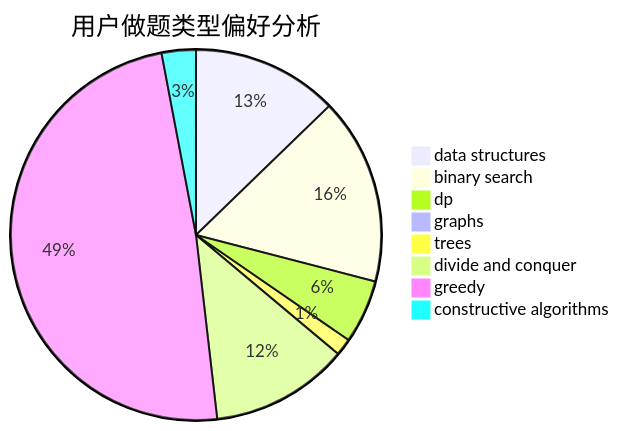
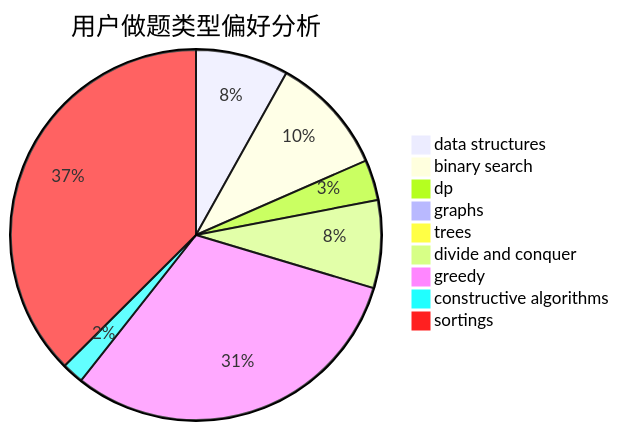
One commit to sherpahu/cfrs.github.io changed the second of 3 diagrams in docs/user/u245.md. Above: the diagram before and after it, drawn with Mermaid. The commit also changed other lines of this file and 2769 other files, not shown here.

````diff
--- a/docs/user/u245.md
+++ b/docs/user/u245.md
@@ -23,11 +18,12 @@
 ```mermaid
 pie title 用户做题类型偏好分析
     "data structures" :  94
     "binary search" :  120
     "dp" :  41
     "graphs" :  3
     "trees" :  11
     "divide and conquer" :  89
     "greedy" :  360
     "constructive algorithms" :  22
+    "sortings" :  435
 ```
````
